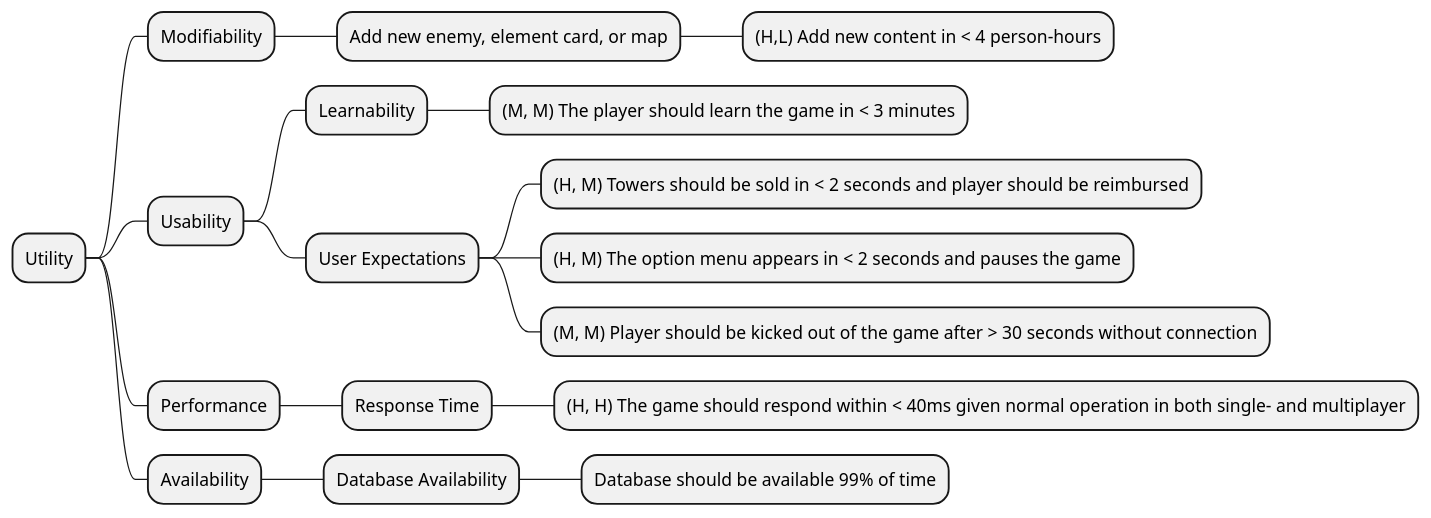
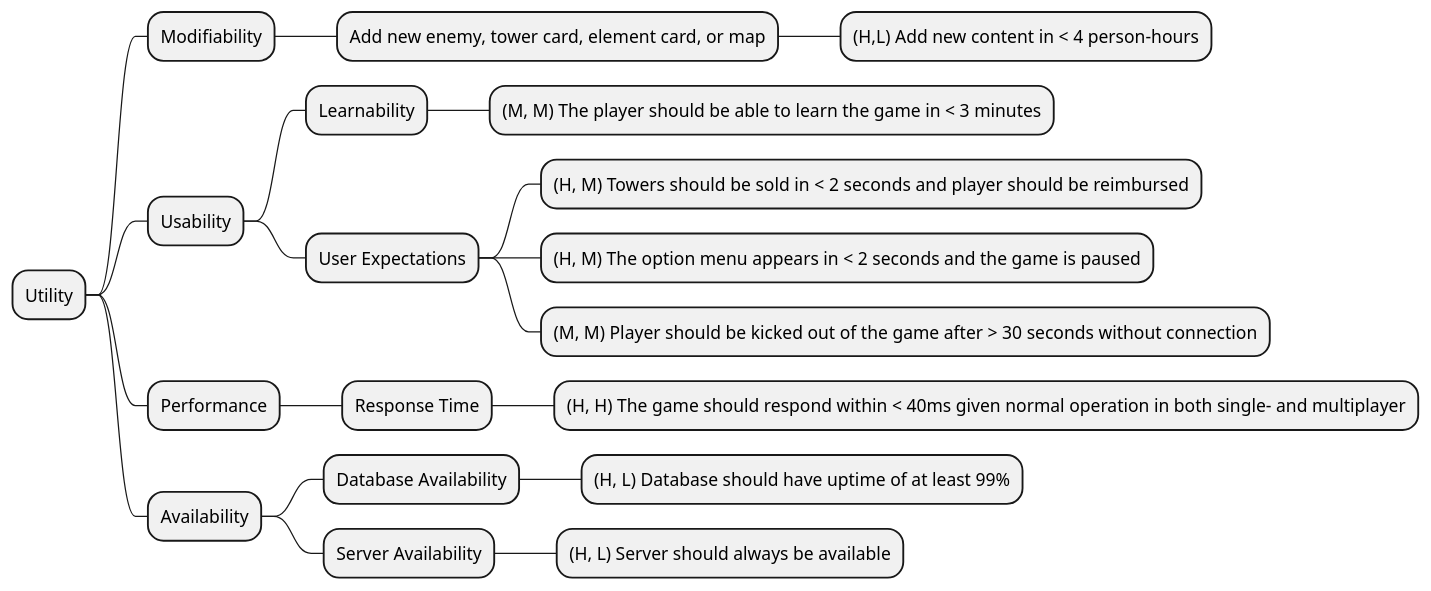
Before and after one commit to SverreNystad/besieged: the diagram in docs/diagrams/utility-tree.puml, drawn with PlantUML. The commit also changed other lines of this file, not shown here.

Commit message:
Updated utility tree in docs

```diff
--- a/docs/diagrams/utility-tree.puml
+++ b/docs/diagrams/utility-tree.puml
@@ -1,19 +1,21 @@
 @startmindmap "Utility Tree"
 * Utility
 ** Modifiability
-*** Add new enemy, element card, or map
+*** Add new enemy, tower card, element card, or map
 **** (H,L) Add new content in < 4 person-hours
 ** Usability
 *** Learnability
-**** (M, M) The player should learn the game in < 3 minutes
+**** (M, M) The player should be able to learn the game in < 3 minutes
 *** User Expectations
 **** (H, M) Towers should be sold in < 2 seconds and player should be reimbursed
-**** (H, M) The option menu appears in < 2 seconds and pauses the game
+**** (H, M) The option menu appears in < 2 seconds and the game is paused
 **** (M, M) Player should be kicked out of the game after > 30 seconds without connection
 ** Performance
 *** Response Time
 **** (H, H) The game should respond within < 40ms given normal operation in both single- and multiplayer
 ** Availability
 *** Database Availability
-**** Database should be available 99% of time
+**** (H, L) Database should have uptime of at least 99%
+*** Server Availability
+**** (H, L) Server should always be available
 @endmindmap
```
